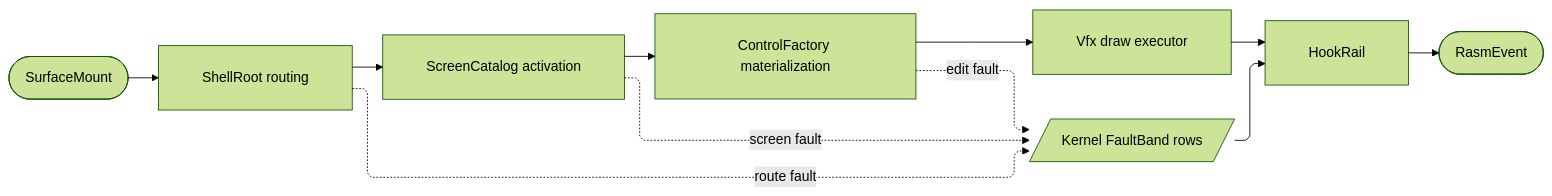
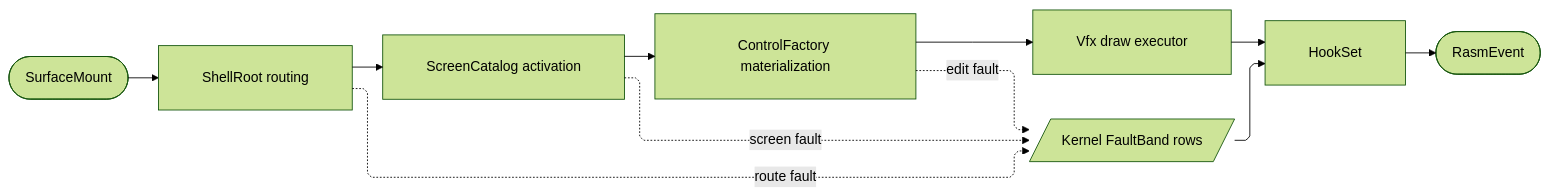
One commit to bsamiee/Rasm changed the fourth of 4 diagrams in libs/dotnet/Rasm.AppUi/ARCHITECTURE.md. Above: the diagram before and after it, drawn with Mermaid (forest theme). The commit also changed other lines of this file and 1997 other files, not shown here.

````diff
--- a/libs/dotnet/Rasm.AppUi/ARCHITECTURE.md
+++ b/libs/dotnet/Rasm.AppUi/ARCHITECTURE.md
@@ -268,22 +268,22 @@
 ```mermaid
 ---
 config:
   layout: elk
   flowchart:
     curve: linear
     padding: 25
 ---
 flowchart LR
-    accTitle: Rasm.AppUi mount-to-event rail
+    accTitle: Rasm.AppUi mount-to-event path
     accDescr: How a mounted surface routes through shell, screens, and controls onto the draw executor while faults converge on the band.
     Mount(["SurfaceMount"]) e1@--> Route["ShellRoot routing"]
     Route e2@--> Screen["ScreenCatalog activation"]
     Screen e3@--> Control["ControlFactory materialization"]
     Control e4@--> Draw["Vfx draw executor"]
-    Draw e5@--> Spine["HookRail"]
+    Draw e5@--> Spine["HookSet"]
     Spine e6@--> Event(["RasmEvent"])
     Route f1@-.->|"route fault"| Band[/Kernel FaultBand rows/]
     Screen f2@-.->|"screen fault"| Band
     Control f3@-.->|"edit fault"| Band
     Band f4@--> Spine
 ```
````
